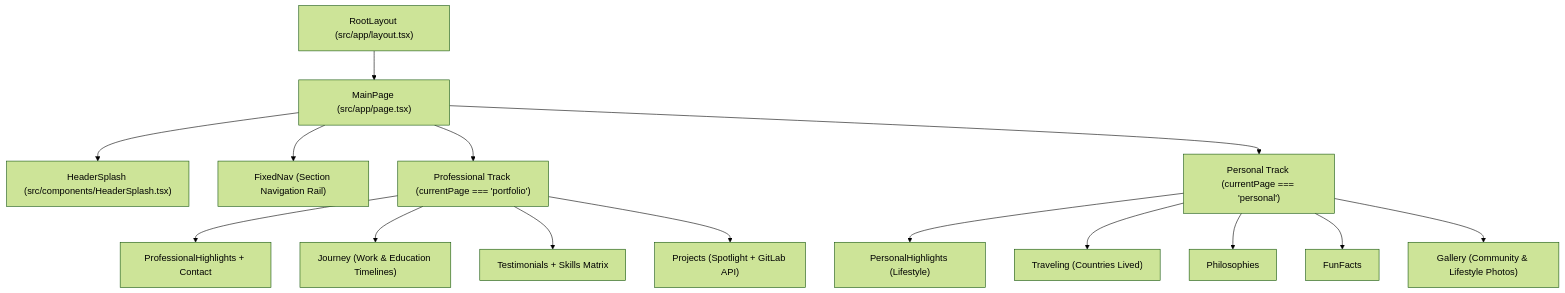
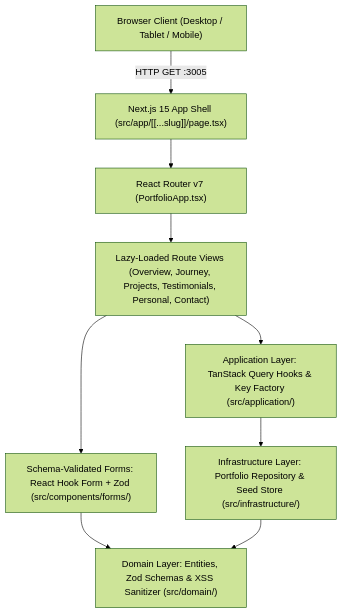
The diagram in docs/ARCHITECTURE.md (lumenconsultancyae/personal_docs), drawn with Mermaid (forest theme) before and after one commit. The commit also changed other lines of this file and 75 other files, not shown here.

Commit message:
docs(e2e): add UX redesign before/after screenshots, architecture docs, and Behave BDD E2E suite

````diff
--- a/docs/ARCHITECTURE.md
+++ b/docs/ARCHITECTURE.md
@@ -7,19 +7,11 @@
 ```mermaid
 flowchart TD
-    RootLayout["RootLayout (src/app/layout.tsx)"] --> MainPage["MainPage (src/app/page.tsx)"]
-    MainPage --> HeaderSplash["HeaderSplash (src/components/HeaderSplash.tsx)"]
-    MainPage --> FixedNav["FixedNav (Section Navigation Rail)"]
-    MainPage --> PortfolioTrack["Professional Track (currentPage === 'portfolio')"]
-    MainPage --> PersonalTrack["Personal Track (currentPage === 'personal')"]
-
-    PortfolioTrack --> ProfHighlights["ProfessionalHighlights + Contact"]
-    PortfolioTrack --> Journey["Journey (Work & Education Timelines)"]
-    PortfolioTrack --> Testimonials["Testimonials + Skills Matrix"]
-    PortfolioTrack --> Projects["Projects (Spotlight + GitLab API)"]
-
-    PersonalTrack --> PersHighlights["PersonalHighlights (Lifestyle)"]
-    PersonalTrack --> Traveling["Traveling (Countries Lived)"]
-    PersonalTrack --> Philosophies["Philosophies"]
-    PersonalTrack --> FunFacts["FunFacts"]
-    PersonalTrack --> Gallery["Gallery (Community & Lifestyle Photos)"]
+    Visitor["Browser Client (Desktop / Tablet / Mobile)"] -->|HTTP GET :3005| NextApp["Next.js 15 App Shell (src/app/[[...slug]]/page.tsx)"]
+    NextApp --> Router["React Router v7 (PortfolioApp.tsx)"]
+    Router --> Routes["Lazy-Loaded Route Views (Overview, Journey, Projects, Testimonials, Personal, Contact)"]
+    Routes --> Queries["Application Layer: TanStack Query Hooks & Key Factory (src/application/)"]
+    Routes --> Forms["Schema-Validated Forms: React Hook Form + Zod (src/components/forms/)"]
+    Queries --> Repo["Infrastructure Layer: Portfolio Repository & Seed Store (src/infrastructure/)"]
+    Forms --> Schemas["Domain Layer: Entities, Zod Schemas & XSS Sanitizer (src/domain/)"]
+    Repo --> Schemas
 ```
````
